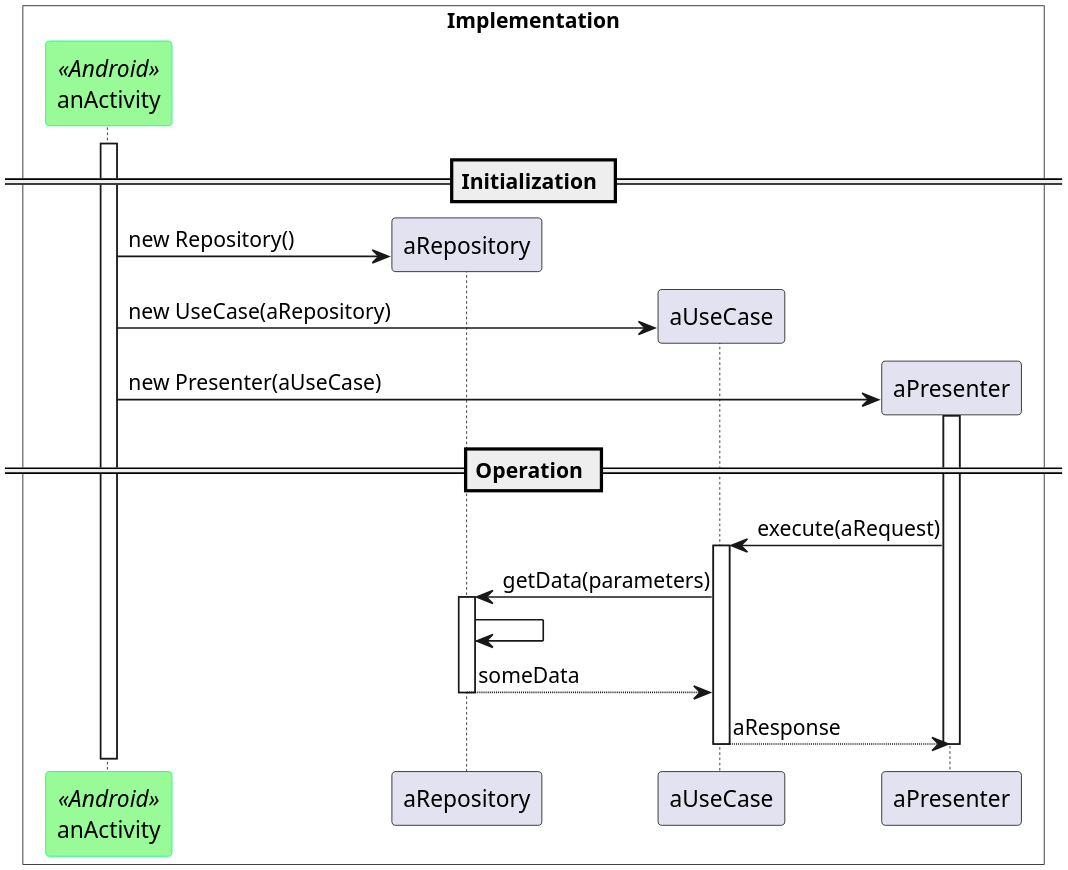
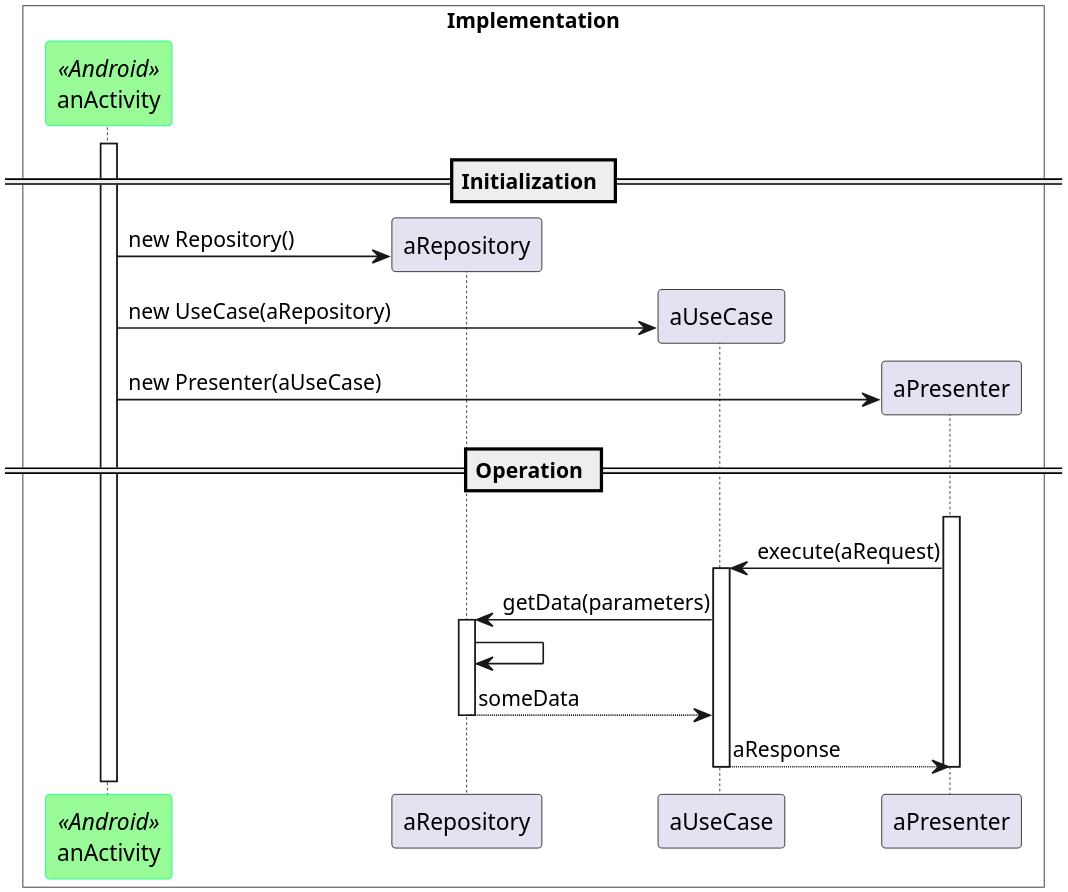
The diagram in design/SEQ_command_app.plantuml (estebandres/PI_UML_diagrams), drawn with PlantUML before and after one commit. The commit also changed 3 other files, not shown here.

```diff
--- a/design/SEQ_command_app.plantuml
+++ b/design/SEQ_command_app.plantuml
@@ -1,48 +1,49 @@
 @startuml SEQ_command_app
 skinparam dpi 300
 
 skinparam BoxPadding 10
 skinparam ParticipantPadding 10
 
 'title Sequence Diagram Command Pattern as Implemented
 
 skinparam participant {
     BackgroundColor<<Android>> PaleGreen
     ArrowColor<<Android>> SeaGreen
     BorderColor<<Android>> SpringGreen
 }
 
 box "Implementation" #White
     participant anActivity <<Android>>
     participant aRepository
     participant aUseCase
     participant aPresenter
 end box
 
 activate anActivity 
 == Initialization ==
 create aRepository
 anActivity -> aRepository: new Repository() \t\t
 
 create  aUseCase
 anActivity -> aUseCase: new UseCase(aRepository)
 
 create aPresenter
 anActivity -> aPresenter: new Presenter(aUseCase)
 
 == Operation ==
+anActivity -[hidden]-> aPresenter
 activate aPresenter
 aPresenter -> aUseCase: execute(aRequest)
 activate aUseCase
 aUseCase -> aRepository: getData(parameters)
 activate aRepository
 aRepository -> aRepository
 aRepository --> aUseCase: someData
 deactivate aRepository
 
 aUseCase --> aPresenter: aResponse
 deactivate aUseCase
 
 deactivate aPresenter
 
 @enduml
```
